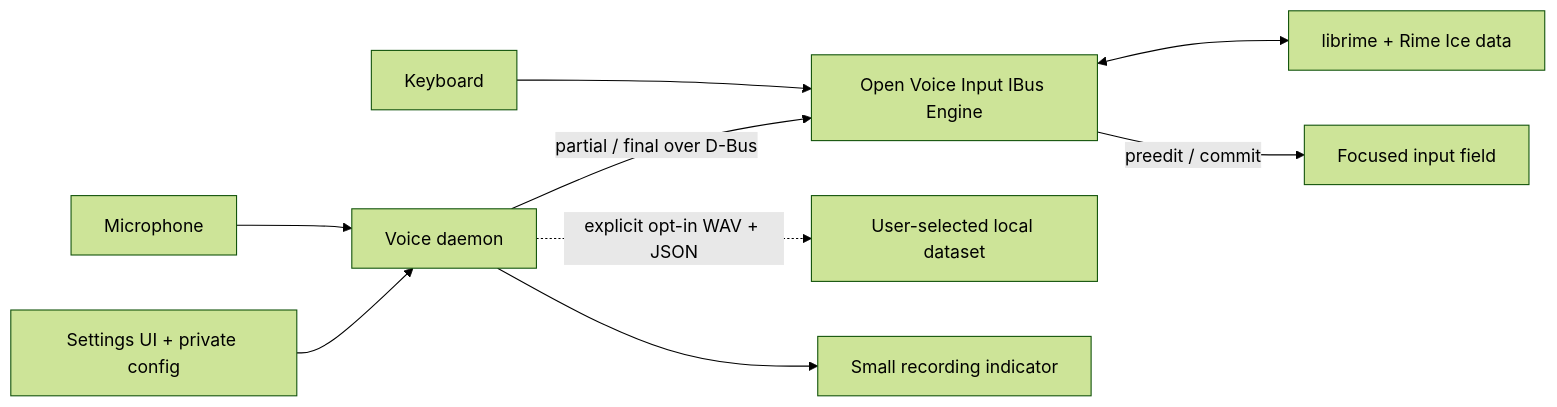
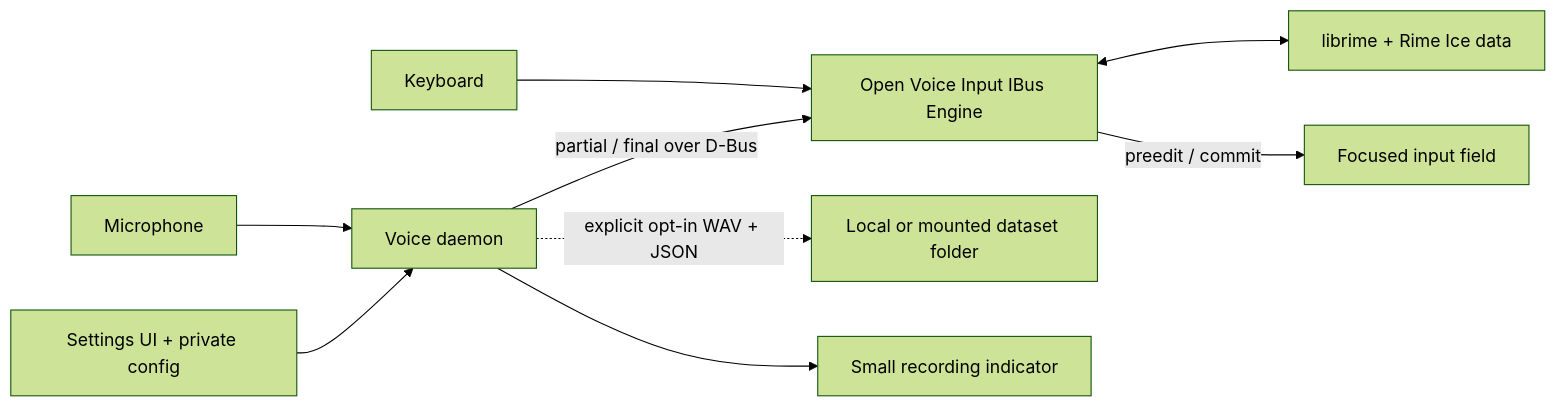
The diagram in README.md (SidUParis/openVoiceInput_linux), drawn with Mermaid (forest theme) before and after one commit. The commit also changed other lines of this file and 20 other files, not shown here.

````diff
--- a/README.md
+++ b/README.md
@@ -59,11 +59,11 @@
 ```mermaid
 flowchart LR
     K["Keyboard"] --> E["Open Voice Input IBus Engine"]
     E <--> R["librime + Rime Ice data"]
     M["Microphone"] --> V["Voice daemon"]
     S["Settings UI + private config"] --> V
     V -->|"partial / final over D-Bus"| E
-    V -.->|"explicit opt-in WAV + JSON"| D["User-selected local dataset"]
+    V -.->|"explicit opt-in WAV + JSON"| D["Local or mounted dataset folder"]
     E -->|"preedit / commit"| F["Focused input field"]
     V --> I["Small recording indicator"]
 ```
````
